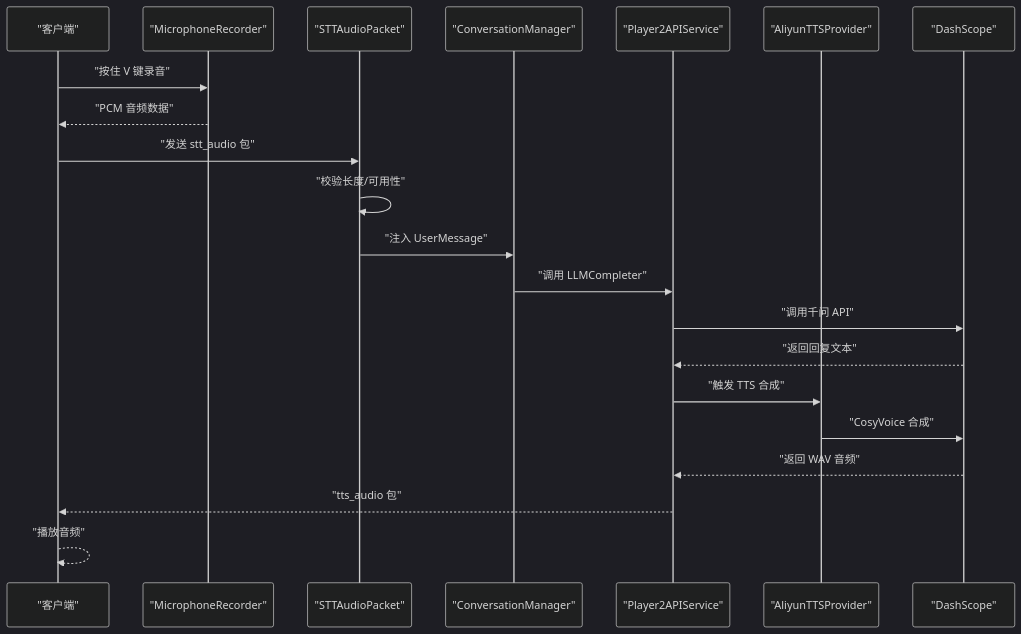
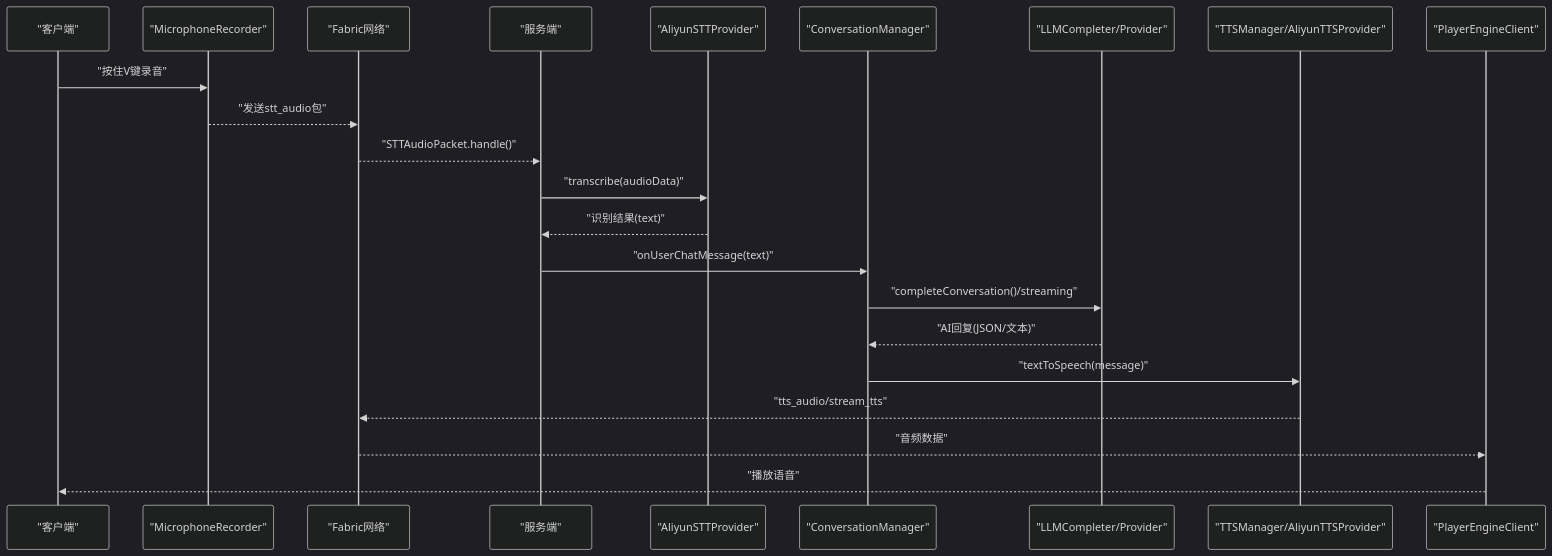
The second of 6 diagrams in .qoder/repowiki/zh/content/项目概述/项目概述.md (wjartpix/minecraft_ai_play2npc), drawn with Mermaid (dark theme) before and after one commit. The commit also changed other lines of this file and 188 other files, not shown here.

````diff
--- a/.qoder/repowiki/zh/content/项目概述/项目概述.md
+++ b/.qoder/repowiki/zh/content/项目概述/项目概述.md
@@ -115,23 +135,24 @@
 ```mermaid
 sequenceDiagram
 participant Client as "客户端"
 participant Mic as "MicrophoneRecorder"
-participant Net as "STTAudioPacket"
+participant Net as "Fabric网络"
+participant Srv as "服务端"
+participant STT as "AliyunSTTProvider"
 participant Conv as "ConversationManager"
-participant LLM as "Player2APIService"
-participant TTS as "AliyunTTSProvider"
-participant Dash as "DashScope"
-Client->>Mic : "按住 V 键录音"
-Mic-->>Client : "PCM 音频数据"
-Client->>Net : "发送 stt_audio 包"
-Net->>Net : "校验长度/可用性"
-Net->>Conv : "注入 UserMessage"
-Conv->>LLM : "调用 LLMCompleter"
-LLM->>Dash : "调用千问 API"
-Dash-->>LLM : "返回回复文本"
-LLM->>TTS : "触发 TTS 合成"
-TTS->>Dash : "CosyVoice 合成"
-Dash-->>LLM : "返回 WAV 音频"
-LLM-->>Client : "tts_audio 包"
-Client-->>Client : "播放音频"
+participant LLM as "LLMCompleter/Provider"
+participant TTS as "TTSManager/AliyunTTSProvider"
+participant Play as "PlayerEngineClient"
+Client->>Mic : "按住V键录音"
+Mic-->>Net : "发送stt_audio包"
+Net-->>Srv : "STTAudioPacket.handle()"
+Srv->>STT : "transcribe(audioData)"
+STT-->>Srv : "识别结果(text)"
+Srv->>Conv : "onUserChatMessage(text)"
+Conv->>LLM : "completeConversation()/streaming"
+LLM-->>Conv : "AI回复(JSON/文本)"
+Conv->>TTS : "textToSpeech(message)"
+TTS-->>Net : "tts_audio/stream_tts"
+Net-->>Play : "音频数据"
+Play-->>Client : "播放语音"
 ```
````
